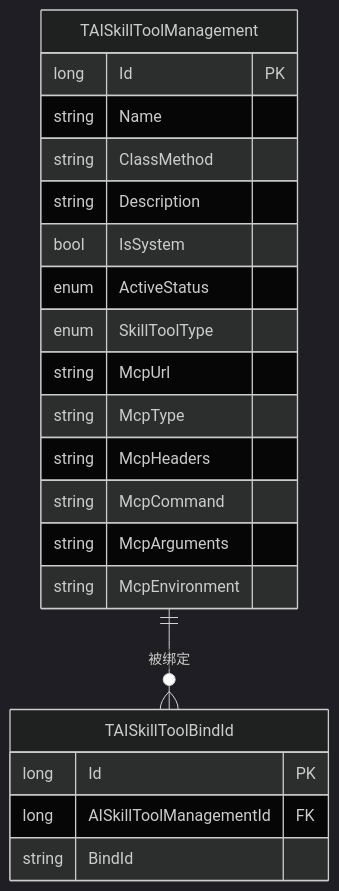
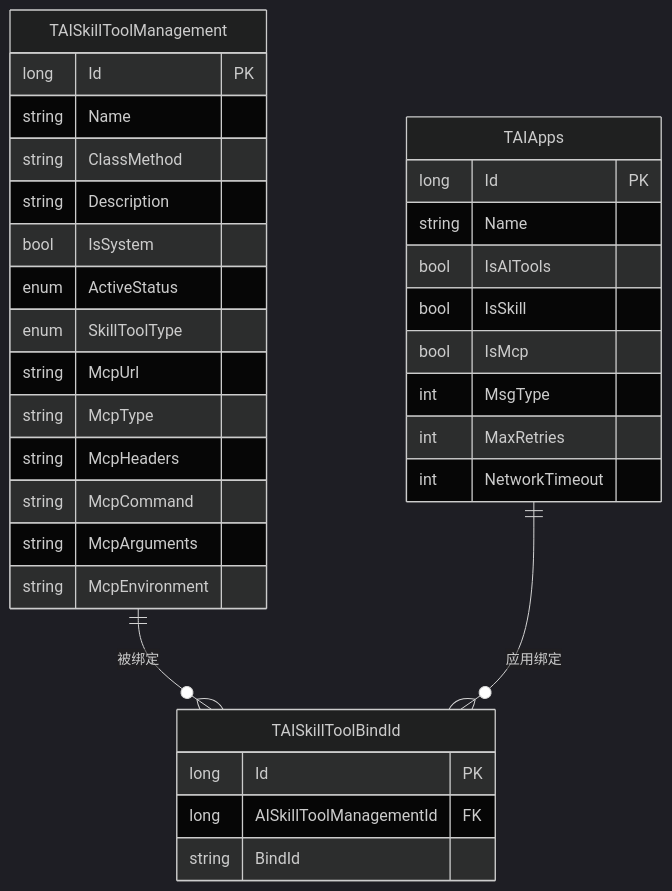
Before and after one commit to junkai-li/NetCoreKevin: the fifth of 7 diagrams in .qoder/repowiki/zh/content/AI智能体/技能工具管理.md, drawn with Mermaid (dark theme). The commit also changed other lines of this file and 41 other files, not shown here.

````diff
--- a/.qoder/repowiki/zh/content/AI智能体/技能工具管理.md
+++ b/.qoder/repowiki/zh/content/AI智能体/技能工具管理.md
@@ -233,24 +256,35 @@
 ```mermaid
 erDiagram
 TAISkillToolManagement {
 long Id PK
 string Name
 string ClassMethod
 string Description
 bool IsSystem
 enum ActiveStatus
 enum SkillToolType
 string McpUrl
 string McpType
 string McpHeaders
 string McpCommand
 string McpArguments
 string McpEnvironment
 }
 TAISkillToolBindId {
 long Id PK
 long AISkillToolManagementId FK
 string BindId
 }
+TAIApps {
+long Id PK
+string Name
+bool IsAITools
+bool IsSkill
+bool IsMcp
+int MsgType
+int MaxRetries
+int NetworkTimeout
+}
 TAISkillToolManagement ||--o{ TAISkillToolBindId : "被绑定"
+TAIApps ||--o{ TAISkillToolBindId : "应用绑定"
 ```
````
